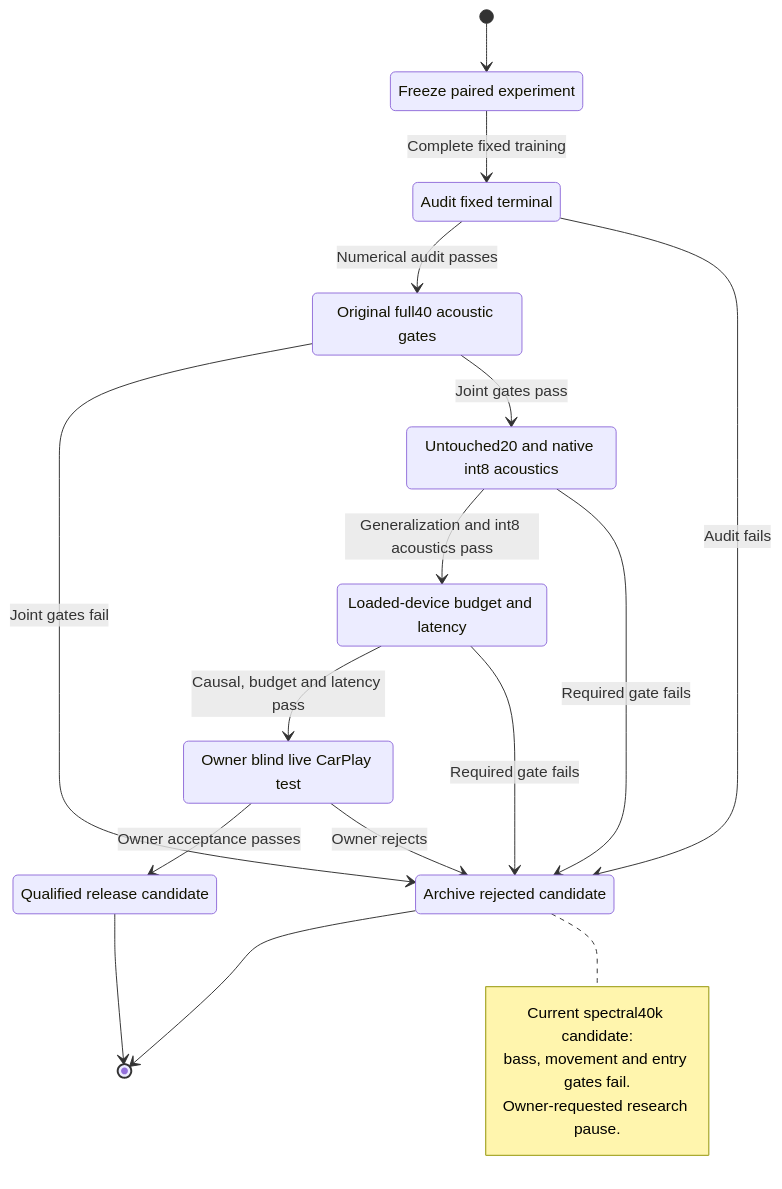
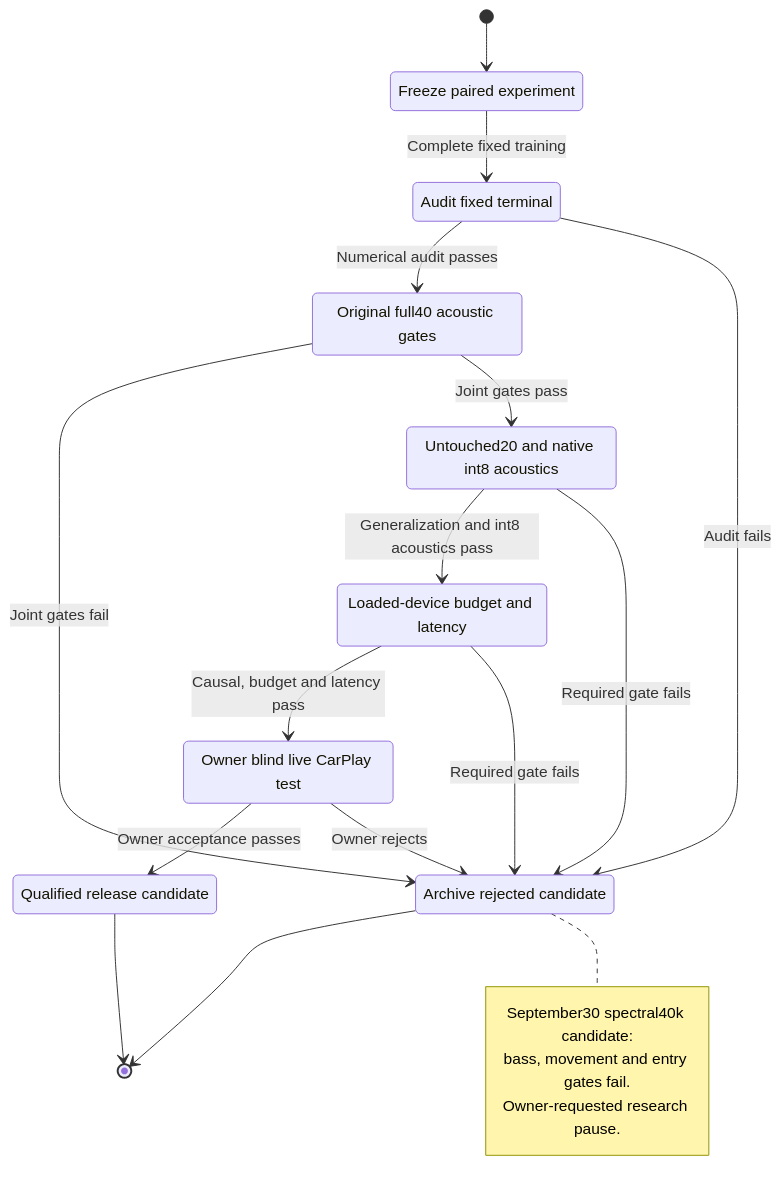
One commit to luka-dev/mib2q-carplay-rgi changed the fourth of 4 diagrams in docs/audio/UPMIX_DOMAIN_MODEL.md. Above: the diagram before and after it, drawn with Mermaid. The commit also changed other lines of this file and 15 other files, not shown here.

````diff
--- a/docs/audio/UPMIX_DOMAIN_MODEL.md
+++ b/docs/audio/UPMIX_DOMAIN_MODEL.md
@@ -116,35 +124,35 @@
 ```mermaid
 stateDiagram-v2
     accTitle: Upmix candidate qualification lifecycle
-    accDescr: A frozen experiment proceeds through terminal and acoustic checks before independent, device and owner qualification. Any failed acoustic decision is archived; the current spectral candidate stops there.
+    accDescr: A frozen experiment proceeds through terminal and acoustic checks before independent, device and owner qualification. Any failed acoustic decision is archived; the September30 spectral candidate stopped there.
 
     state "Freeze paired experiment" as frozen_pair
     state "Audit fixed terminal" as terminal_audit
     state "Original full40 acoustic gates" as full40_gates
     state "Archive rejected candidate" as archived_failure
     state "Untouched20 and native int8 acoustics" as independent_native
     state "Loaded-device budget and latency" as device_qualification
     state "Owner blind live CarPlay test" as owner_listening
     state "Qualified release candidate" as qualified_release
 
     [*] --> frozen_pair
     frozen_pair --> terminal_audit: Complete fixed training
     terminal_audit --> full40_gates: Numerical audit passes
     terminal_audit --> archived_failure: Audit fails
     full40_gates --> archived_failure: Joint gates fail
     full40_gates --> independent_native: Joint gates pass
     independent_native --> device_qualification: Generalization and int8 acoustics pass
     independent_native --> archived_failure: Required gate fails
     device_qualification --> owner_listening: Causal, budget and latency pass
     device_qualification --> archived_failure: Required gate fails
     owner_listening --> qualified_release: Owner acceptance passes
     owner_listening --> archived_failure: Owner rejects
     qualified_release --> [*]
     archived_failure --> [*]
 
     note right of archived_failure
-        Current spectral40k candidate:
+        September30 spectral40k candidate:
         bass, movement and entry gates fail.
         Owner-requested research pause.
     end note
 ```
````
